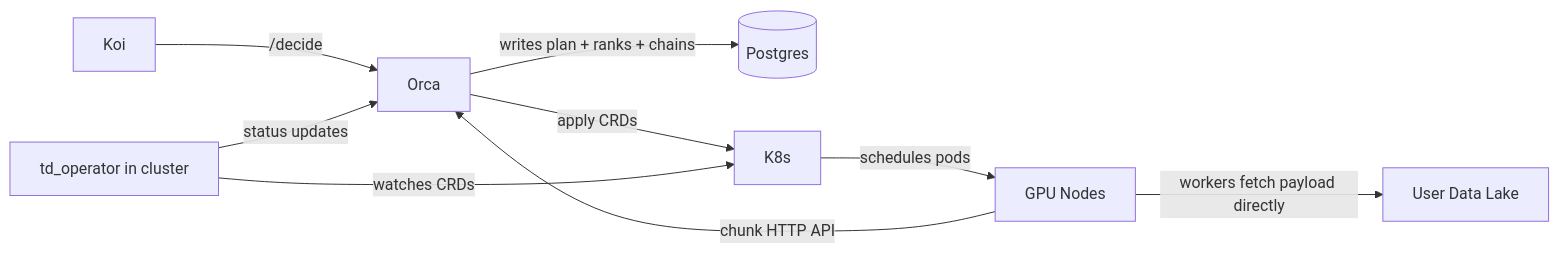
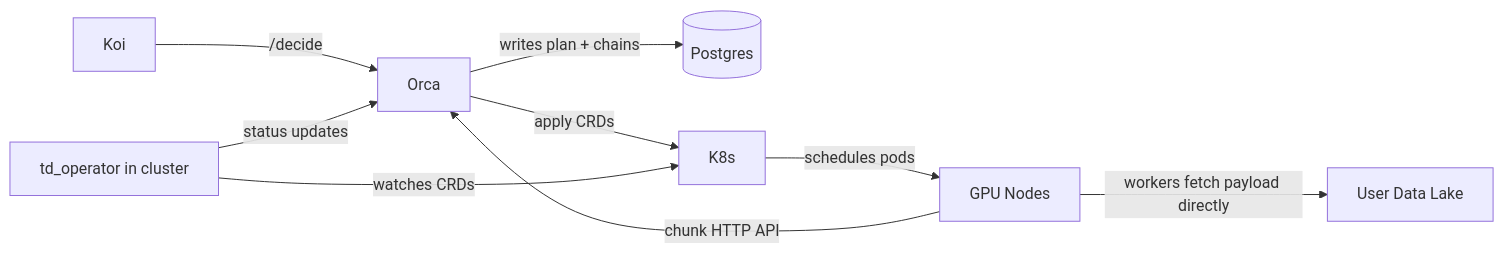
The fifth of 5 diagrams in DATA_ARCHITECTURE.md (Tandemn-Labs/tandemn-store), drawn with Mermaid before and after one commit. The commit also changed other lines of this file and 31 other files, not shown here.

First line of the commit message:
schema: minimal MVP spine — 4 job statuses, action plans, no traversal

````diff
--- a/DATA_ARCHITECTURE.md
+++ b/DATA_ARCHITECTURE.md
@@ -422,11 +376,11 @@
 ```mermaid
 flowchart LR
     Koi -- /decide --> Orca
-    Orca -- writes plan + ranks + chains --> PG[(Postgres)]
+    Orca -- writes plan + chains --> PG[(Postgres)]
     Orca -- apply CRDs --> K8s
     K8s -- schedules pods --> Nodes[GPU Nodes]
     Operator[td_operator in cluster] -- watches CRDs --> K8s
     Operator -- status updates --> Orca
     Nodes -- workers fetch payload directly --> Lake[User Data Lake]
     Nodes -- chunk HTTP API --> Orca
 ```
````
